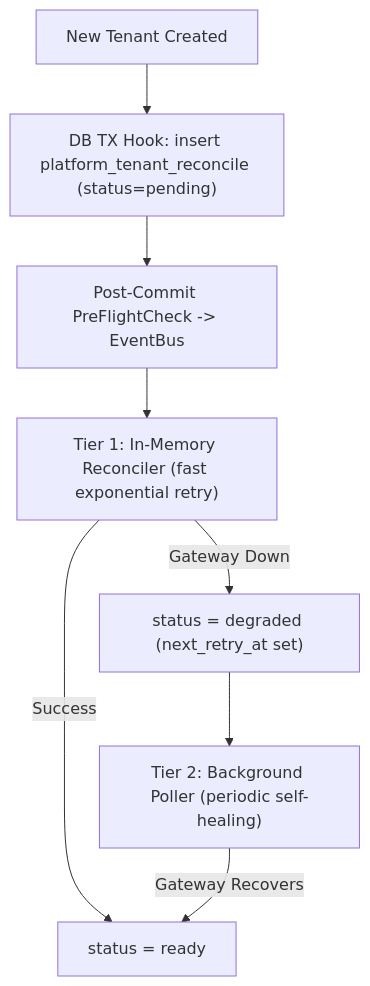
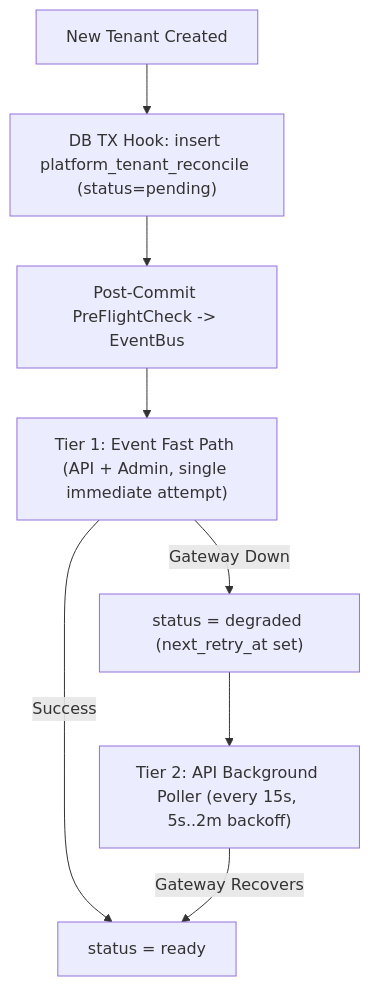
The third of 3 diagrams in extensions/model-platform/docs/admin-guide.md (Sanderhoff-alt/oh-my-ragflow), drawn with Mermaid before and after one commit. The commit also changed other lines of this file and 13 other files, not shown here.

First line of the commit message:
feat(model-platform): add Admin Tier-1 listener and unify retry backoff (#72)

````diff
--- a/extensions/model-platform/docs/admin-guide.md
+++ b/extensions/model-platform/docs/admin-guide.md
@@ -288,10 +288,10 @@
 ```mermaid
 flowchart TD
     Create["New Tenant Created"] --> Hook["DB TX Hook: insert platform_tenant_reconcile (status=pending)"]
     Hook --> PreFlight["Post-Commit PreFlightCheck -> EventBus"]
-    PreFlight --> Tier1["Tier 1: In-Memory Reconciler (fast exponential retry)"]
+    PreFlight --> Tier1["Tier 1: Event Fast Path (API + Admin, single immediate attempt)"]
     Tier1 -->|"Success"| Ready["status = ready"]
     Tier1 -->|"Gateway Down"| Degraded["status = degraded (next_retry_at set)"]
-    Degraded --> Tier2["Tier 2: Background Poller (periodic self-healing)"]
+    Degraded --> Tier2["Tier 2: API Background Poller (every 15s, 5s..2m backoff)"]
     Tier2 -->|"Gateway Recovers"| Ready
 ```
````
